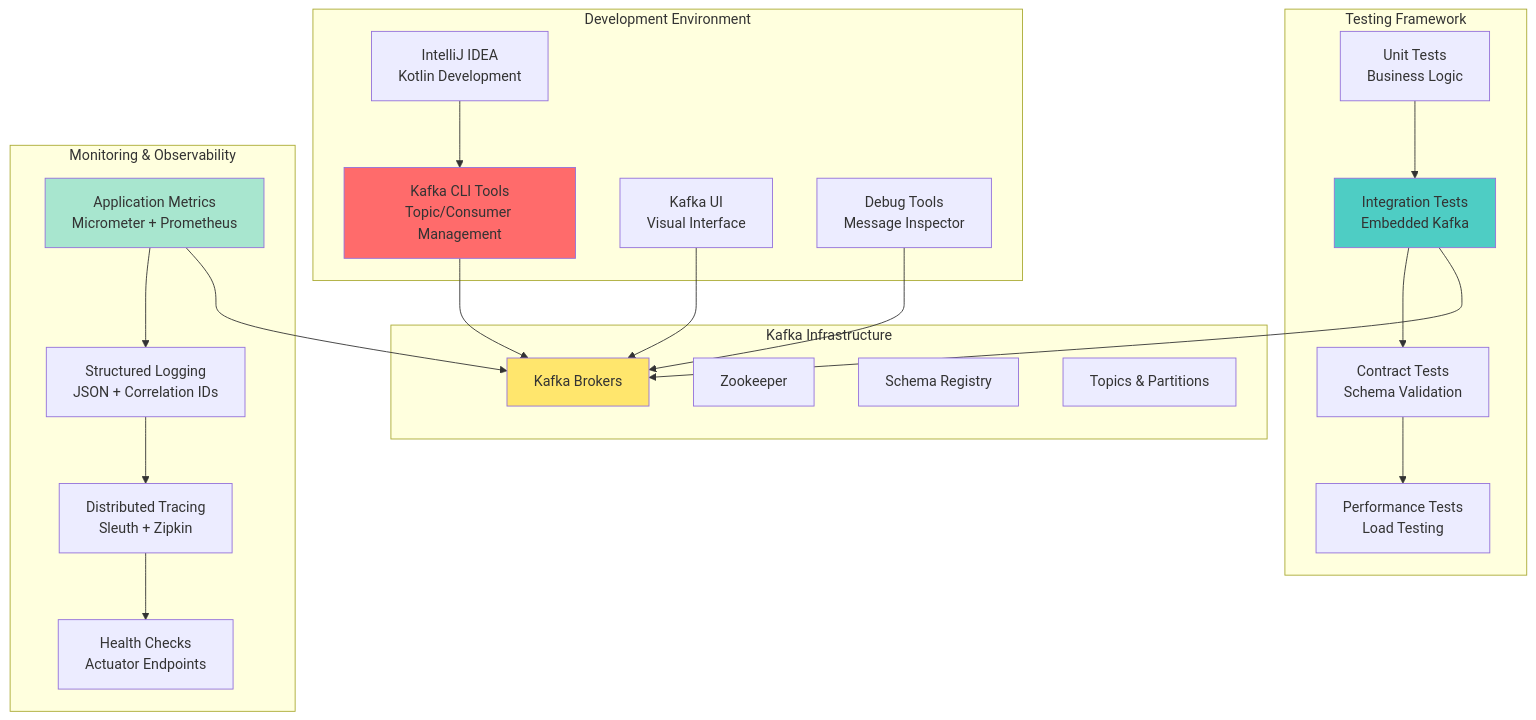
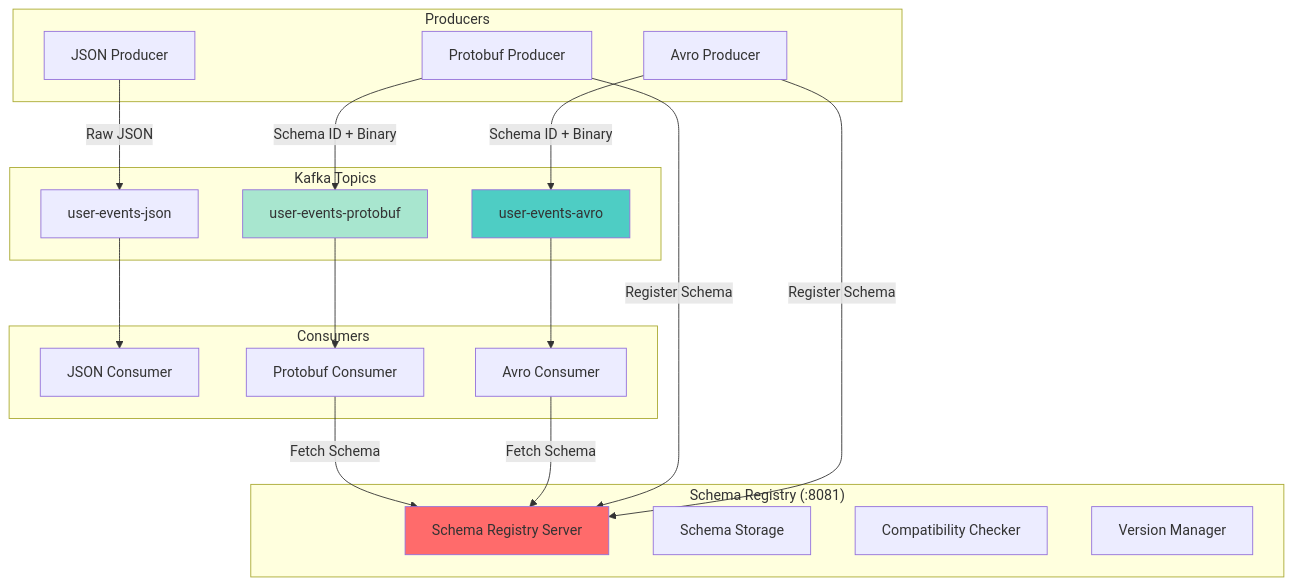
One commit to vorrawut/KafkaStarter changed the first of 6 diagrams in class/workshop/lesson_6/README.md. Above: the diagram before and after it, drawn with Mermaid. The commit also changed other lines of this file and 204 other files, not shown here.

````diff
--- a/class/workshop/lesson_6/README.md
+++ b/class/workshop/lesson_6/README.md
@@ -24,51 +24,45 @@
 ```mermaid
 graph TB
-    subgraph "Development Environment"
-        IDE[IntelliJ IDEA<br/>Kotlin Development]
-        CLI[Kafka CLI Tools<br/>Topic/Consumer Management]
-        UI[Kafka UI<br/>Visual Interface]
-        DEBUG[Debug Tools<br/>Message Inspector]
+    subgraph "Schema Registry (:8081)"
+        SR[Schema Registry Server]
+        STORE[Schema Storage]
+        COMPAT[Compatibility Checker]
+        VERSIONS[Version Manager]
     end
     
-    subgraph "Testing Framework"
-        UNIT[Unit Tests<br/>Business Logic]
-        INTEGRATION[Integration Tests<br/>Embedded Kafka]
-        CONTRACT[Contract Tests<br/>Schema Validation]
-        PERFORMANCE[Performance Tests<br/>Load Testing]
+    subgraph "Producers"
+        PROD1[JSON Producer]
+        PROD2[Avro Producer]
+        PROD3[Protobuf Producer]
     end
     
-    subgraph "Monitoring & Observability"
-        METRICS[Application Metrics<br/>Micrometer + Prometheus]
-        LOGS[Structured Logging<br/>JSON + Correlation IDs]
-        TRACES[Distributed Tracing<br/>Sleuth + Zipkin]
-        HEALTH[Health Checks<br/>Actuator Endpoints]
+    subgraph "Consumers"
+        CONS1[JSON Consumer]
+        CONS2[Avro Consumer]
+        CONS3[Protobuf Consumer]
     end
     
-    subgraph "Kafka Infrastructure"
-        BROKER[Kafka Brokers]
-        ZK[Zookeeper]
-        SR[Schema Registry]
-        TOPICS[Topics & Partitions]
+    subgraph "Kafka Topics"
+        T1[user-events-json]
+        T2[user-events-avro]
+        T3[user-events-protobuf]
     end
     
-    IDE --> CLI
-    CLI --> BROKER
-    UI --> BROKER
-    DEBUG --> BROKER
+    PROD2 -->|Register Schema| SR
+    PROD3 -->|Register Schema| SR
     
-    UNIT --> INTEGRATION
-    INTEGRATION --> CONTRACT
-    CONTRACT --> PERFORMANCE
+    PROD1 -->|Raw JSON| T1
+    PROD2 -->|Schema ID + Binary| T2
+    PROD3 -->|Schema ID + Binary| T3
     
-    METRICS --> LOGS
-    LOGS --> TRACES
-    TRACES --> HEALTH
+    T1 --> CONS1
+    T2 --> CONS2
+    T3 --> CONS3
     
-    INTEGRATION --> BROKER
-    METRICS --> BROKER
+    CONS2 -->|Fetch Schema| SR
+    CONS3 -->|Fetch Schema| SR
     
-    style CLI fill:#ff6b6b
-    style INTEGRATION fill:#4ecdc4
-    style METRICS fill:#a8e6cf
-    style BROKER fill:#ffe66d
+    style SR fill:#ff6b6b
+    style T2 fill:#4ecdc4
+    style T3 fill:#a8e6cf
 ```
````
